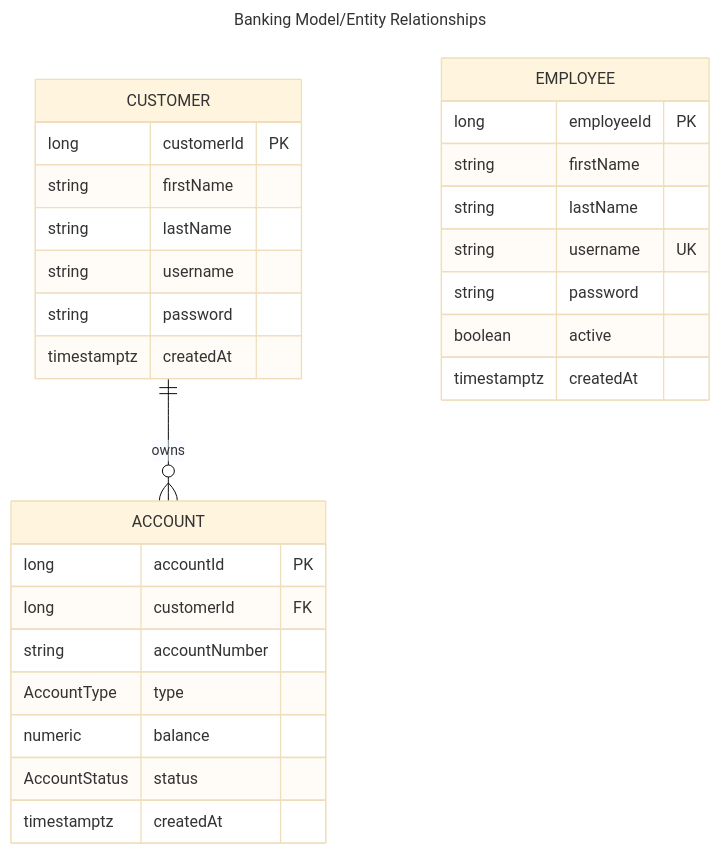
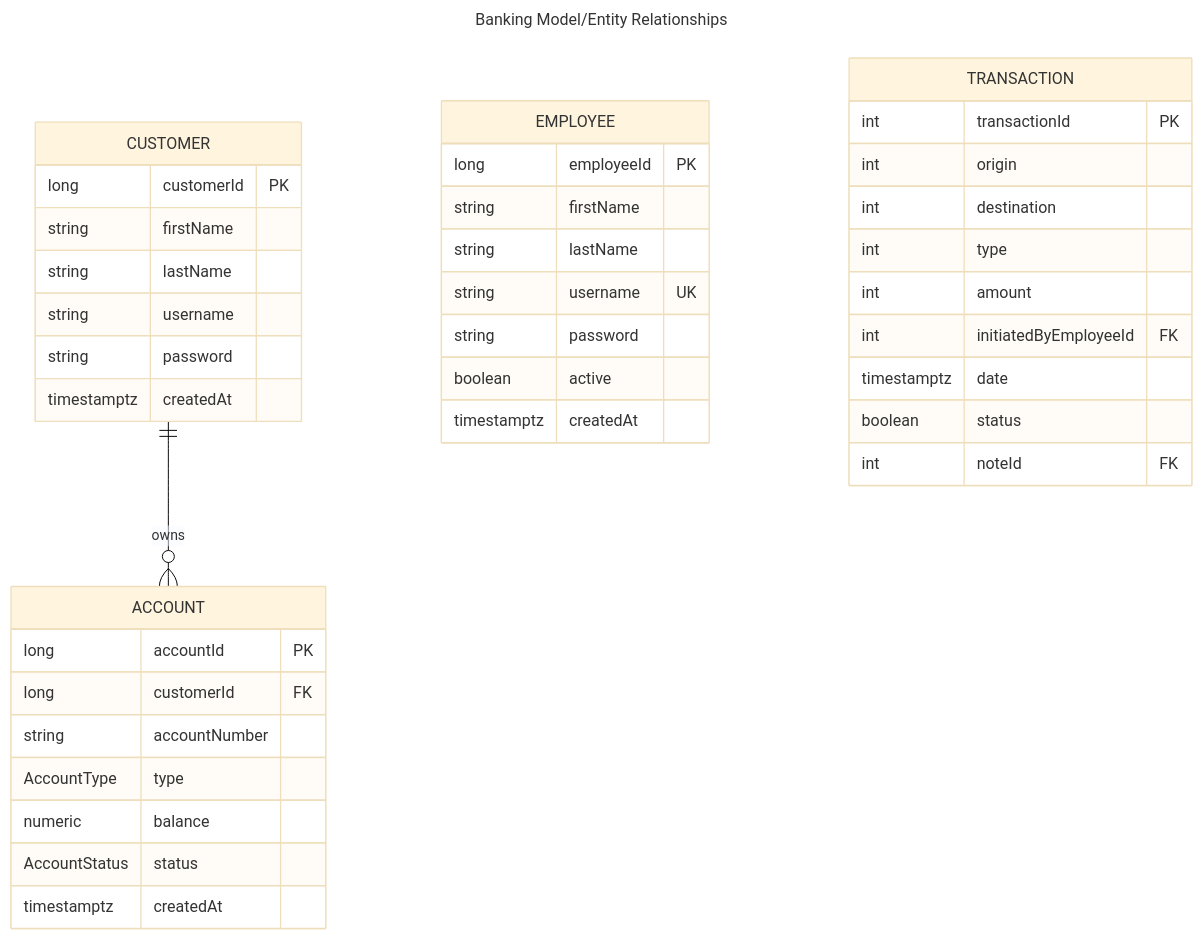
The diagram in ERD.md (schectma/P1BankingApp), drawn with Mermaid (base theme) before and after one commit.

Commit message:
transaction added

````diff
--- a/ERD.md
+++ b/ERD.md
@@ -1,34 +1,45 @@
 ```mermaid
 ---
 title: Banking Model/Entity Relationships
 ---
 erDiagram
     CUSTOMER ||--o{ ACCOUNT : owns
 
     CUSTOMER{
         long customerId PK
         string firstName
         string lastName
         string username
         string password
         timestamptz createdAt
     }
     ACCOUNT{
         long accountId PK
         long customerId FK
         string accountNumber
         AccountType type
         numeric balance
         AccountStatus status
         timestamptz createdAt
     }
     EMPLOYEE{
         long employeeId PK
         string firstName
         string lastName
         string username UK
         string password
         boolean active
         timestamptz createdAt
     }
+    TRANSACTION{
+        int transactionId PK
+        int origin
+        int destination
+        int type
+        int amount
+        int initiatedByEmployeeId FK
+        timestamptz date
+        boolean status
+        int noteId FK
+    }
 ```
````
